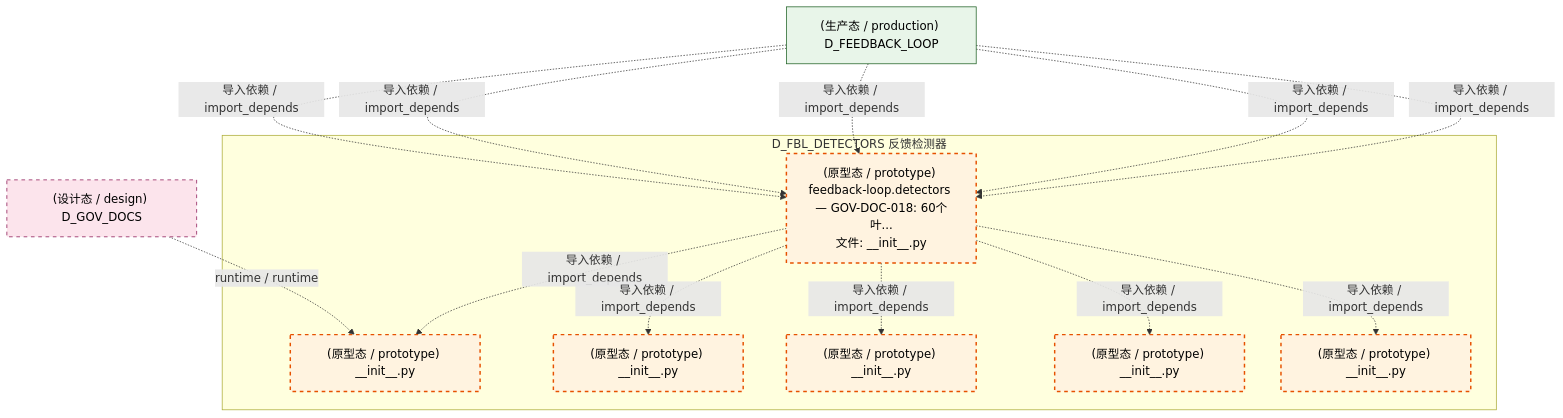
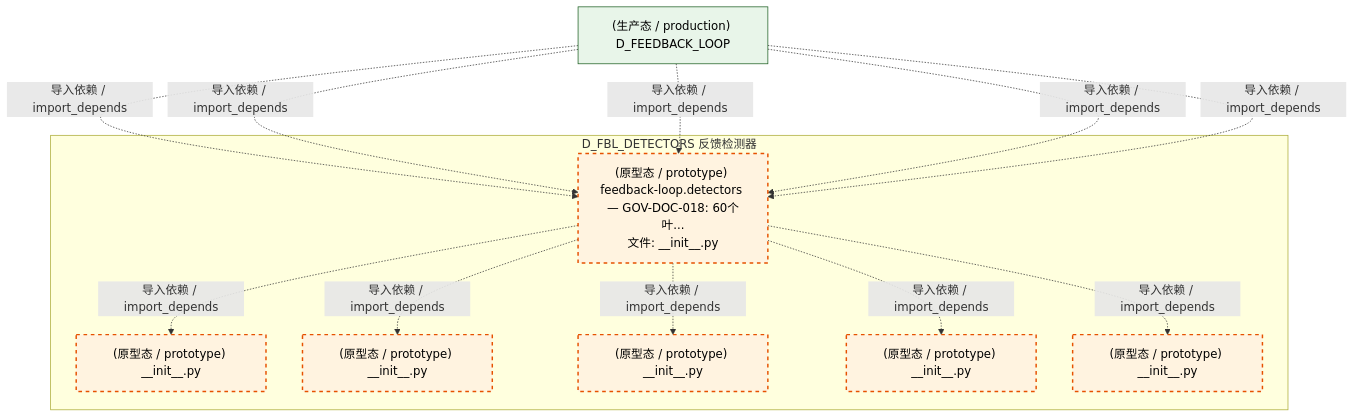
Before and after one commit to xuanFelixVan/ZephyrAlpha: the fifth of 6 diagrams in docs/02_enterprise_architecture/02_domain_architecture_docs/11_d_fbl_detectors.md, drawn with Mermaid. The commit also changed other lines of this file and 111 other files, not shown here.

````diff
--- a/docs/02_enterprise_architecture/02_domain_architecture_docs/11_d_fbl_detectors.md
+++ b/docs/02_enterprise_architecture/02_domain_architecture_docs/11_d_fbl_detectors.md
@@ -339,31 +336,28 @@
 ```mermaid
 graph TD
     subgraph D_FBL_DETECTORS["D_FBL_DETECTORS 反馈检测器"]
         src_zephyr_feedback_loop_detectors_init_py["(原型态 / prototype) feedback-loop.detectors — GOV-DOC-018: 60个叶...<br/>文件: __init__.py"]
         src_zephyr_feedback_loop_detectors_anomaly_init_py["(原型态 / prototype) __init__.py"]
         src_zephyr_feedback_loop_detectors_correlation_init_py["(原型态 / prototype) __init__.py"]
         src_zephyr_feedback_loop_detectors_drift_init_py["(原型态 / prototype) __init__.py"]
         src_zephyr_feedback_loop_detectors_guard_init_py["(原型态 / prototype) __init__.py"]
         src_zephyr_feedback_loop_detectors_reliability_init_py["(原型态 / prototype) __init__.py"]
     end
     src_zephyr_feedback_loop_detectors_init_py -.->|导入依赖 / import_depends| src_zephyr_feedback_loop_detectors_anomaly_init_py
     src_zephyr_feedback_loop_detectors_init_py -.->|导入依赖 / import_depends| src_zephyr_feedback_loop_detectors_correlation_init_py
     src_zephyr_feedback_loop_detectors_init_py -.->|导入依赖 / import_depends| src_zephyr_feedback_loop_detectors_drift_init_py
     src_zephyr_feedback_loop_detectors_init_py -.->|导入依赖 / import_depends| src_zephyr_feedback_loop_detectors_guard_init_py
     src_zephyr_feedback_loop_detectors_init_py -.->|导入依赖 / import_depends| src_zephyr_feedback_loop_detectors_reliability_init_py
-    D_GOV_DOCS["(设计态 / design) D_GOV_DOCS"]
-    D_GOV_DOCS -.->|runtime / runtime| src_zephyr_feedback_loop_detectors_anomaly_init_py
     D_FEEDBACK_LOOP["(生产态 / production) D_FEEDBACK_LOOP"]
     D_FEEDBACK_LOOP -.->|导入依赖 / import_depends| src_zephyr_feedback_loop_detectors_init_py
     D_FEEDBACK_LOOP -.->|导入依赖 / import_depends| src_zephyr_feedback_loop_detectors_init_py
     D_FEEDBACK_LOOP -.->|导入依赖 / import_depends| src_zephyr_feedback_loop_detectors_init_py
     D_FEEDBACK_LOOP -.->|导入依赖 / import_depends| src_zephyr_feedback_loop_detectors_init_py
     D_FEEDBACK_LOOP -.->|导入依赖 / import_depends| src_zephyr_feedback_loop_detectors_init_py
     classDef production fill:#e1f5fe,stroke:#01579b,stroke-width:2px,color:#000
     classDef design fill:#fff3e0,stroke:#e65100,stroke-width:2px,color:#000,stroke-dasharray: 5 5
     classDef external_prod fill:#e8f5e9,stroke:#1b5e20,stroke-width:1px,color:#000
     classDef external_design fill:#fce4ec,stroke:#880e4f,stroke-width:1px,color:#000,stroke-dasharray: 5 5
     class src_zephyr_feedback_loop_detectors_init_py,src_zephyr_feedback_loop_detectors_anomaly_init_py,src_zephyr_feedback_loop_detectors_correlation_init_py,src_zephyr_feedback_loop_detectors_drift_init_py,src_zephyr_feedback_loop_detectors_guard_init_py,src_zephyr_feedback_loop_detectors_reliability_init_py design
     class D_FEEDBACK_LOOP external_prod
-    class D_GOV_DOCS external_design
 ```
````
